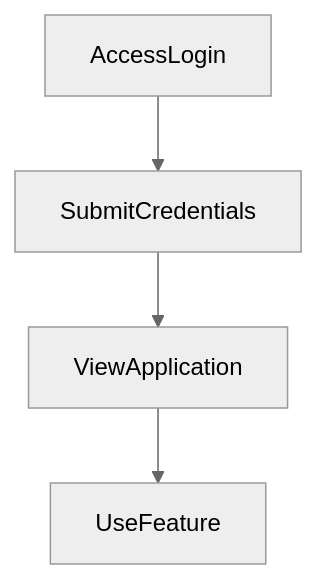
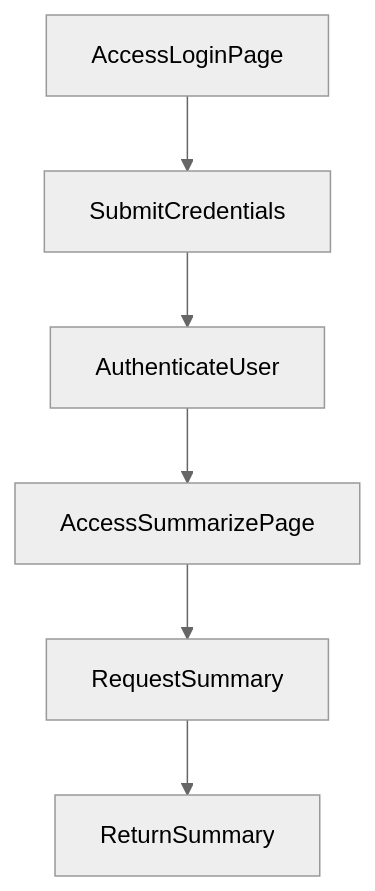
The second of 2 diagrams in README.md (yogithasivakumar/FocusZen), drawn with Mermaid (neutral theme) before and after one commit. The commit also changed other lines of this file, not shown here.

````diff
--- a/README.md
+++ b/README.md
@@ -27,6 +23,8 @@
 ```mermaid
 flowchart TD
-    AccessLogin --> SubmitCredentials
-    SubmitCredentials --> ViewApplication
-    ViewApplication --> UseFeature
+    AccessLoginPage --> SubmitCredentials
+    SubmitCredentials --> AuthenticateUser
+    AuthenticateUser --> AccessSummarizePage
+    AccessSummarizePage --> RequestSummary
+    RequestSummary --> ReturnSummary
 ```
````
